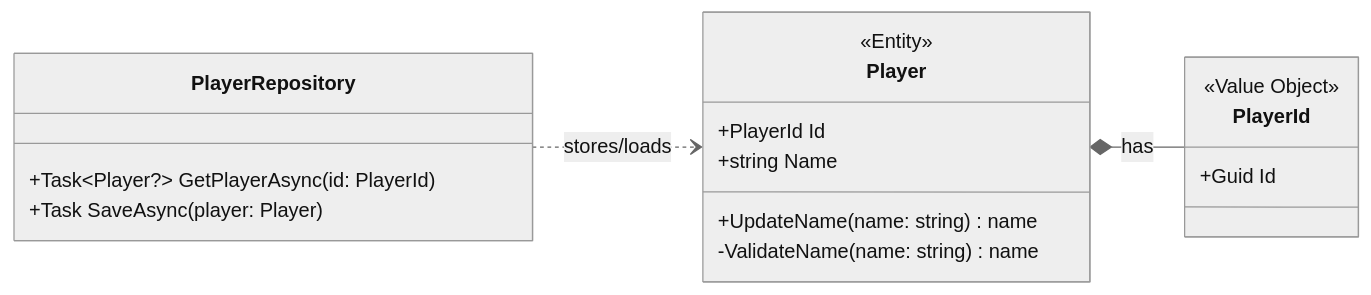
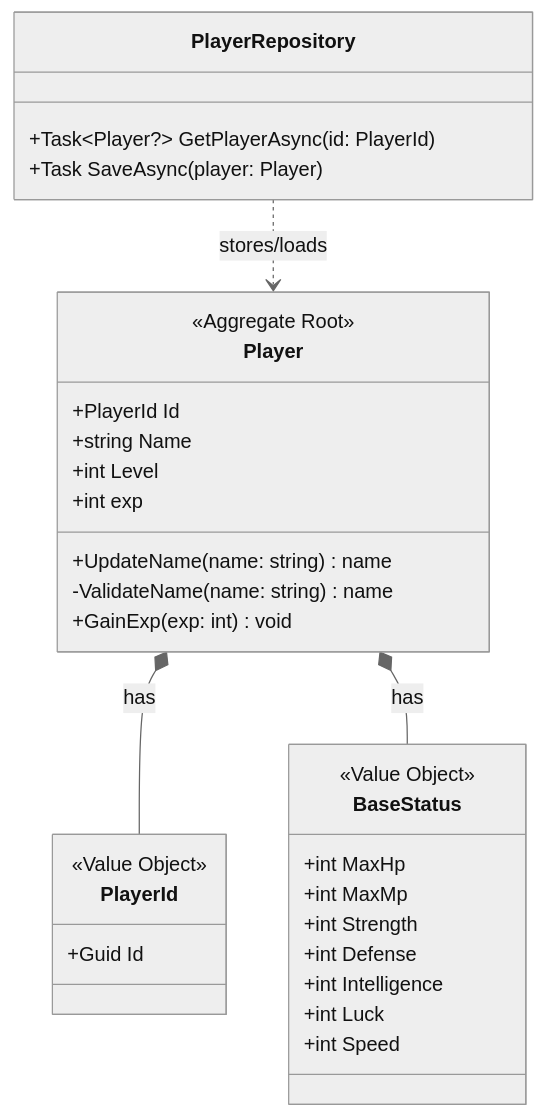
Before and after one commit to ayumu203/nisekue: the diagram in docs/01_ドメインモデル.mmd, drawn with Mermaid (neutral theme). The commit also changed other lines of this file and 1 other file, not shown here.

```diff
--- a/docs/01_ドメインモデル.mmd
+++ b/docs/01_ドメインモデル.mmd
@@ -1,55 +1,38 @@
-%% classDiagram
-%%     direction LR
+classDiagram
+    %% Player の基本情報
+    class Player {
+        <<Aggregate Root>>
+        +PlayerId Id
+        +string Name
+        +int Level
+        +int exp
+        +UpdateName(name: string) name
+        -ValidateName(name: string) name 
+        +GainExp(exp: int) void
+    }
 
-%%     class Entity {
-%%       +Id id
-%%       +string name
-%%       +validate()
-%%     }
+    class PlayerId {
+        <<Value Object>>
+        +Guid Id
+    }
 
-%%     class ValueObject {
-%%       +string value
-%%       +equals(other)
-%%     }
-
-%%     class Repository {
-%%       <<interface>>
-%%       +findById(id) Entity
-%%       +save(entity) void
-%%     }
-
-%%     class Service {
-%%       +execute(input) Result
-%%     }
-
-%%     class Result {
-%%       +Boolean success
-%%       +string message
-%%     }
-
-%%     Entity *-- ValueObject : has
-%%     Service ..> Repository : uses
-%%     Service --> Result : returns
-
-classDiagram
-  direction LR
-
-  class Player {
-    <<Entity>>
-    +PlayerId Id
-    +string Name
-    +UpdateName(name: string) name
-    -ValidateName(name: string) name 
-  }
-
-  class PlayerId {
-    <<Value Object>>
-    +Guid Id
-  }
-
-  class PlayerRepository {
-    +Task~Player?~ GetPlayerAsync(id: PlayerId)
-    +Task SaveAsync(player: Player)
-  }
+    class PlayerRepository {
+        +Task~Player?~ GetPlayerAsync(id: PlayerId)
+        +Task SaveAsync(player: Player)
+    }
     Player *-- PlayerId : has
     PlayerRepository ..> Player : stores/loads
+
+    %% Player の基本ステータス
+    class BaseStatus {
+        <<Value Object>>
+        +int MaxHp
+        +int MaxMp
+        +int Strength
+        +int Defense
+        +int Intelligence
+        +int Luck
+        +int Speed
+    }
+
+    Player *-- BaseStatus : has
```
